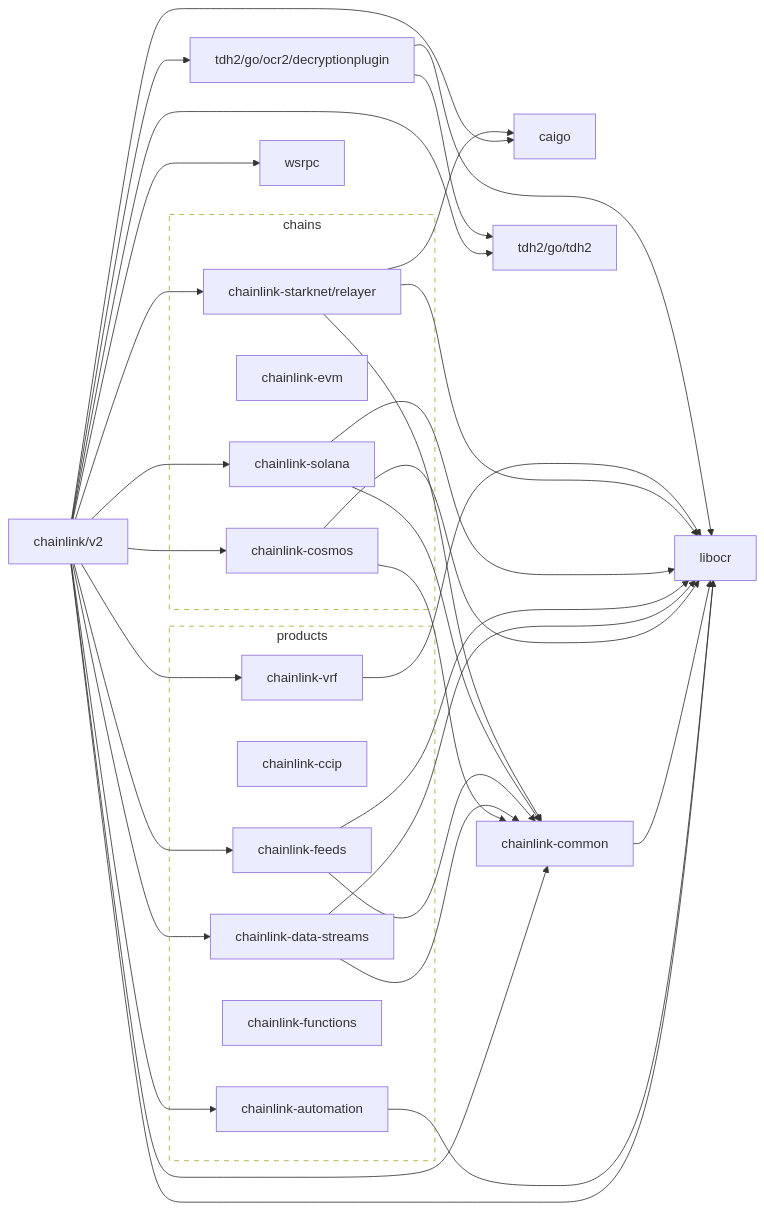
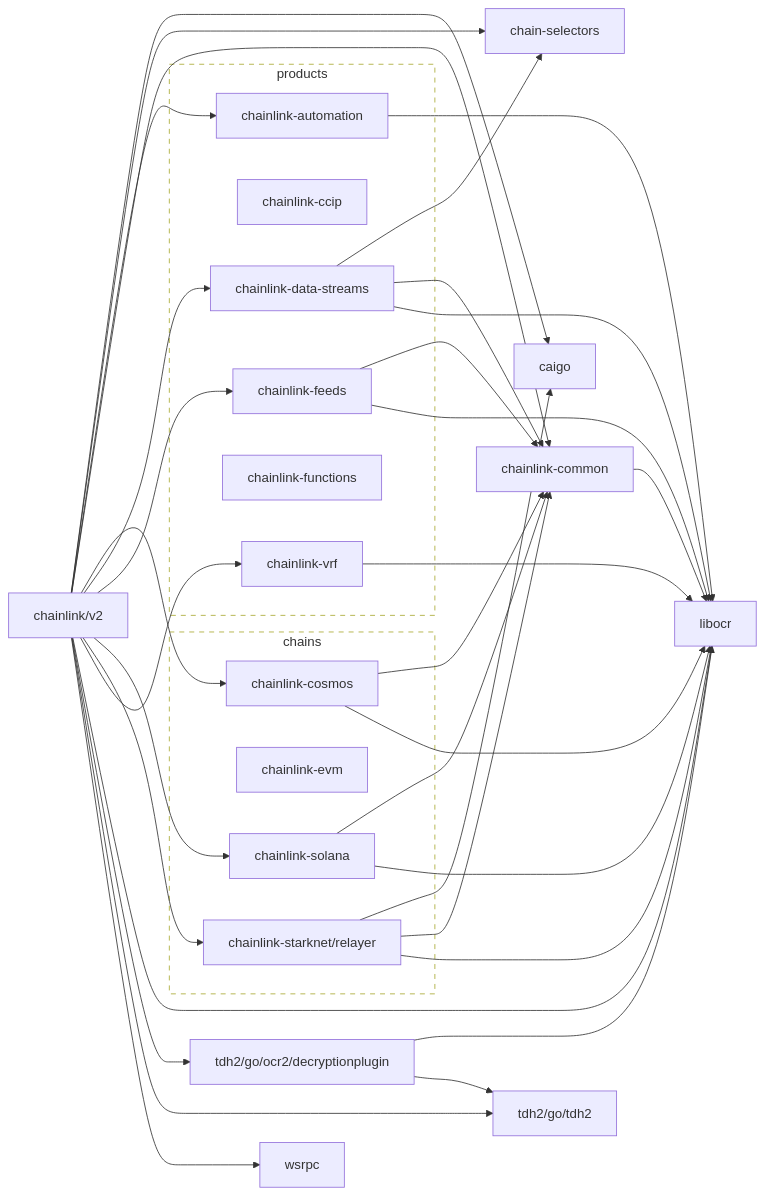
Before and after one commit to smartcontractkit/chainlink: the diagram in go.md, drawn with Mermaid. The commit also changed 52 other files, not shown here.

Commit message:
Implement Data Streams plugin

````diff
--- a/go.md
+++ b/go.md
@@ -2,64 +2,67 @@
 ```mermaid
 flowchart LR
   subgraph chains
     chainlink-cosmos
     chainlink-evm
     chainlink-solana
     chainlink-starknet/relayer
   end
 
   subgraph products
     chainlink-automation
     chainlink-ccip
     chainlink-data-streams
     chainlink-feeds
     chainlink-functions
     chainlink-vrf
   end
 
   classDef outline stroke-dasharray:6,fill:none;
   class chains,products outline
 
   chainlink/v2 --> caigo
   click caigo href "https://github.com/smartcontractkit/caigo"
+  chainlink/v2 --> chain-selectors
+  click chain-selectors href "https://github.com/smartcontractkit/chain-selectors"
   chainlink/v2 --> chainlink-automation
   click chainlink-automation href "https://github.com/smartcontractkit/chainlink-automation"
   chainlink/v2 --> chainlink-common
   click chainlink-common href "https://github.com/smartcontractkit/chainlink-common"
   chainlink/v2 --> chainlink-cosmos
   click chainlink-cosmos href "https://github.com/smartcontractkit/chainlink-cosmos"
   chainlink/v2 --> chainlink-data-streams
   click chainlink-data-streams href "https://github.com/smartcontractkit/chainlink-data-streams"
   chainlink/v2 --> chainlink-feeds
   click chainlink-feeds href "https://github.com/smartcontractkit/chainlink-feeds"
   chainlink/v2 --> chainlink-solana
   click chainlink-solana href "https://github.com/smartcontractkit/chainlink-solana"
   chainlink/v2 --> chainlink-starknet/relayer
   click chainlink-starknet/relayer href "https://github.com/smartcontractkit/chainlink-starknet"
   chainlink/v2 --> chainlink-vrf
   click chainlink-vrf href "https://github.com/smartcontractkit/chainlink-vrf"
   chainlink/v2 --> libocr
   click libocr href "https://github.com/smartcontractkit/libocr"
   chainlink/v2 --> tdh2/go/ocr2/decryptionplugin
   click tdh2/go/ocr2/decryptionplugin href "https://github.com/smartcontractkit/tdh2"
   chainlink/v2 --> tdh2/go/tdh2
   click tdh2/go/tdh2 href "https://github.com/smartcontractkit/tdh2"
   chainlink/v2 --> wsrpc
   click wsrpc href "https://github.com/smartcontractkit/wsrpc"
   chainlink-automation --> libocr
   chainlink-common --> libocr
   chainlink-cosmos --> chainlink-common
   chainlink-cosmos --> libocr
+  chainlink-data-streams --> chain-selectors
   chainlink-data-streams --> chainlink-common
   chainlink-data-streams --> libocr
   chainlink-feeds --> chainlink-common
   chainlink-feeds --> libocr
   chainlink-solana --> chainlink-common
   chainlink-solana --> libocr
   chainlink-starknet/relayer --> caigo
   chainlink-starknet/relayer --> chainlink-common
   chainlink-starknet/relayer --> libocr
   chainlink-vrf --> libocr
   tdh2/go/ocr2/decryptionplugin --> libocr
   tdh2/go/ocr2/decryptionplugin --> tdh2/go/tdh2
 ```
````
